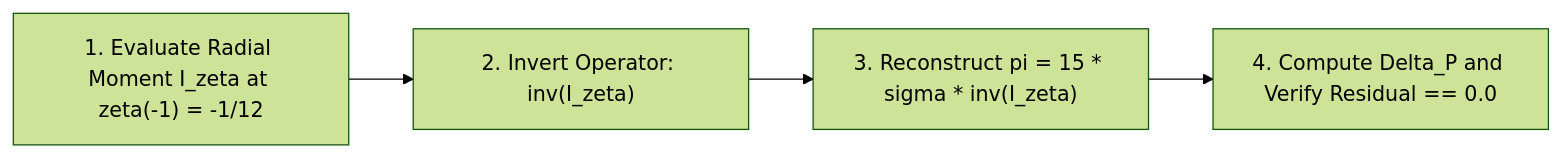
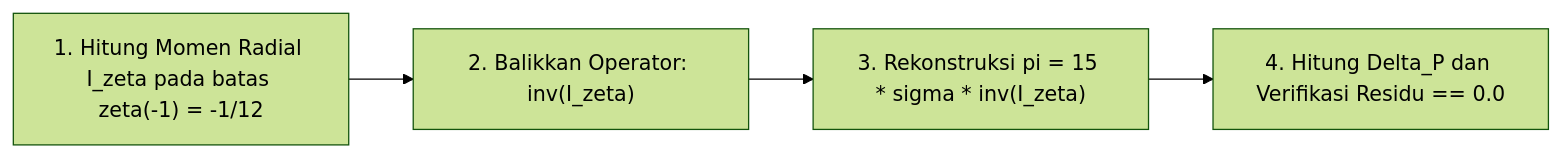
The third of 3 diagrams in README.md (SamuelPurba/Samuel-Navier-Stocks-Equation-Solution), drawn with Mermaid (forest theme) before and after one commit. The commit also changed other lines of this file and 2 other files, not shown here.

````diff
--- a/README.md
+++ b/README.md
@@ -876,6 +845,6 @@
 ```mermaid
 flowchart LR
-    A["1. Evaluate Radial Moment I_zeta at zeta(-1) = -1/12"] --> B["2. Invert Operator: inv(I_zeta)"]
-    B --> C["3. Reconstruct pi = 15 * sigma * inv(I_zeta)"]
-    C --> D["4. Compute Delta_P and Verify Residual == 0.0"]
+    A["1. Hitung Momen Radial I_zeta pada batas zeta(-1) = -1/12"] --> B["2. Balikkan Operator: inv(I_zeta)"]
+    B --> C["3. Rekonstruksi pi = 15 * sigma * inv(I_zeta)"]
+    C --> D["4. Hitung Delta_P dan Verifikasi Residu == 0.0"]
 ```
````
